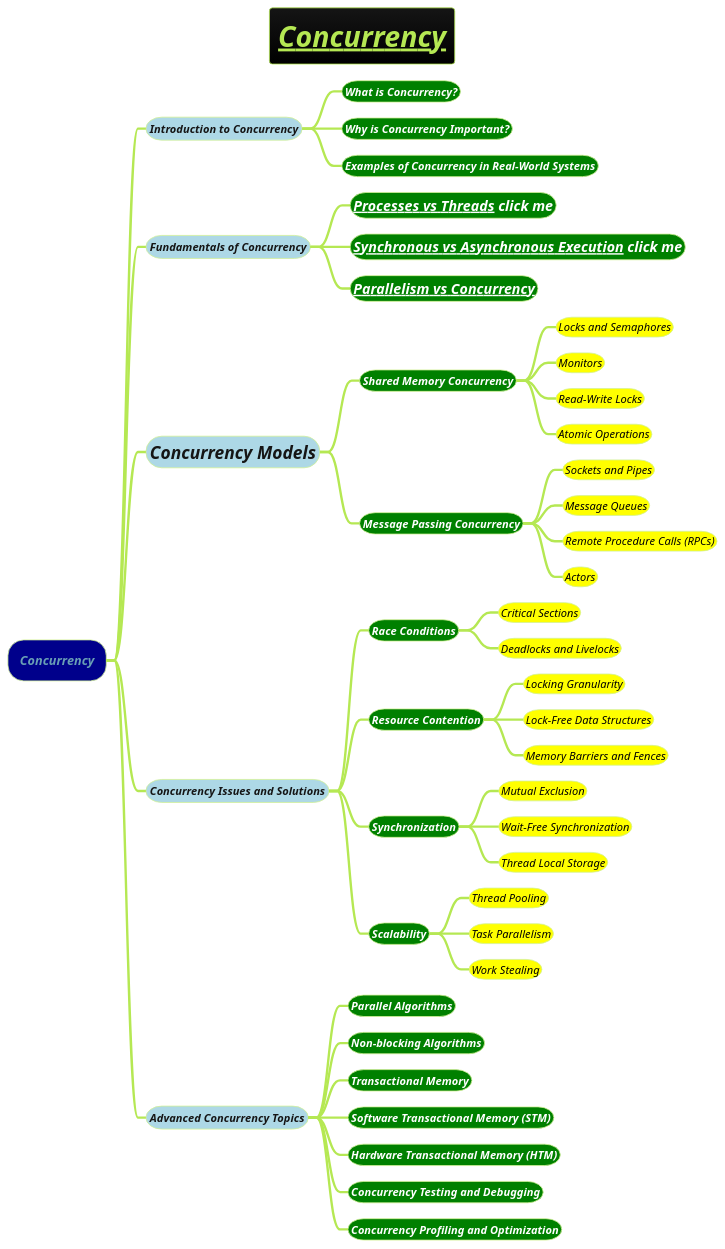
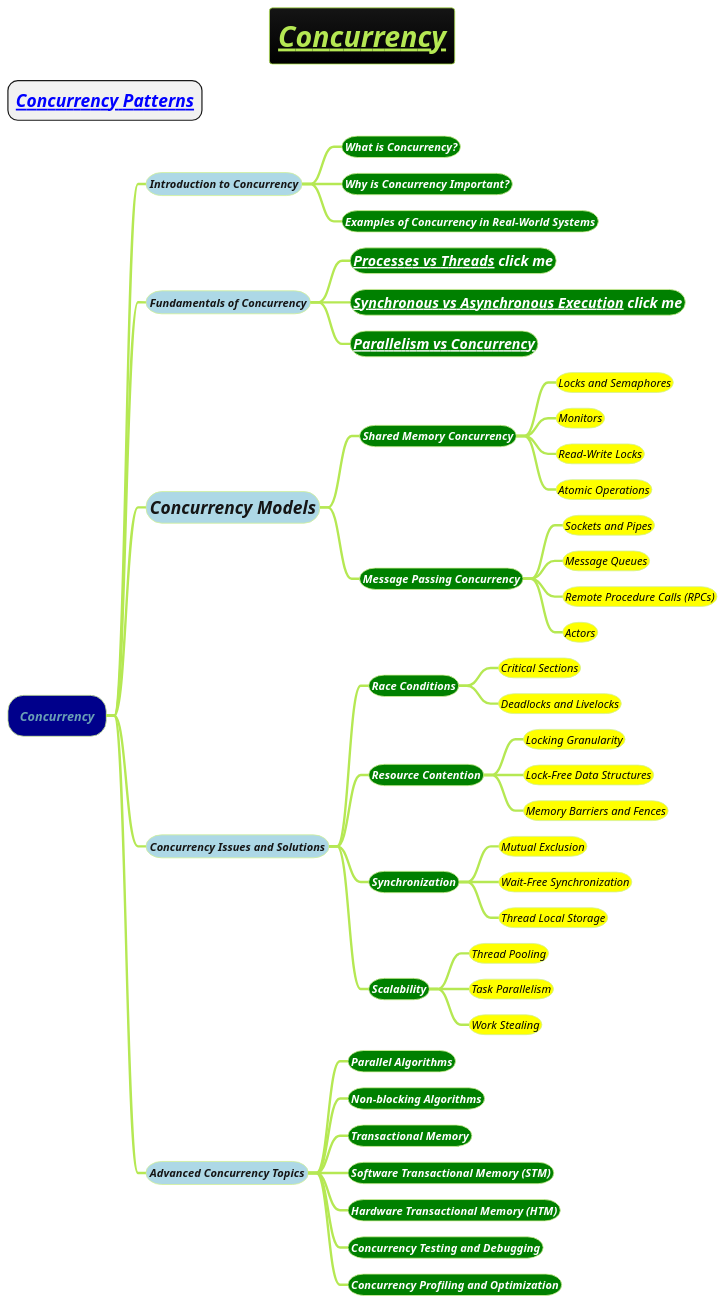
Before and after one commit to MehmoodHashmi/Documentation-as-Code-DaC: the diagram in docs/3-programming-languages/Venkat-Subramaniam/Concurrency-and-Parallelism/Concurrency.puml, drawn with PlantUML. The commit also changed 2 other files, not shown here.

```diff
--- a/docs/3-programming-languages/Venkat-Subramaniam/Concurrency-and-Parallelism/Concurrency.puml
+++ b/docs/3-programming-languages/Venkat-Subramaniam/Concurrency-and-Parallelism/Concurrency.puml
@@ -1,49 +1,50 @@
 @startmindmap
 title =<i><b><u>Concurrency
+* =<i>[[Concurrency-Patterns.puml Concurrency Patterns]]
 !theme hacker
 
 *[#darkblue] <i>Concurrency
 **[#lightblue] <i><color #blac><size:14>Introduction to Concurrency
 ***[#green] <b><i><color #white><size:14>What is Concurrency?
 ***[#green] <b><i><color #white><size:14>Why is Concurrency Important?
 ***[#green] <b><i><color #white><size:14>Examples of Concurrency in Real-World Systems
 **[#lightblue] <i><color #blac><size:14>Fundamentals of Concurrency
 ***[#green] <b><i><color #white><size:18>[[docs/3-programming-languages/Venkat-Subramaniam/Threads.puml Processes vs Threads]] click me
 ***[#green] <b><i><color #white><size:18>[[docs/3-programming-languages/Venkat-Subramaniam/gif/synchronous-vs-asynchronous.adoc Synchronous vs Asynchronous Execution]] click me
 ***[#green] <b><i><color #white><size:18>[[docs/3-programming-languages/Venkat-Subramaniam/gif/Multi-threading-vs-Multi-processing-programming.adoc Parallelism vs Concurrency]]
 **[#lightblue] <i><color #blac><size:22>Concurrency Models
 ***[#green] <b><i><color #white><size:14>Shared Memory Concurrency
 ****[#yellow] <i><color #black><size:14>Locks and Semaphores
 ****[#yellow] <i><color #black><size:14>Monitors
 ****[#yellow] <i><color #black><size:14>Read-Write Locks
 ****[#yellow] <i><color #black><size:14>Atomic Operations
 ***[#green] <b><i><color #white><size:14>Message Passing Concurrency
 ****[#yellow] <i><color #black><size:14>Sockets and Pipes
 ****[#yellow] <i><color #black><size:14>Message Queues
 ****[#yellow] <i><color #black><size:14>Remote Procedure Calls (RPCs)
 ****[#yellow] <i><color #black><size:14>Actors
 **[#lightblue] <i><color #blac><size:14>Concurrency Issues and Solutions
 ***[#green] <b><i><color #white><size:14>Race Conditions
 ****[#yellow] <i><color #black><size:14>Critical Sections
 ****[#yellow] <i><color #black><size:14>Deadlocks and Livelocks
 ***[#green] <b><i><color #white><size:14>Resource Contention
 ****[#yellow] <i><color #black><size:14>Locking Granularity
 ****[#yellow] <i><color #black><size:14>Lock-Free Data Structures
 ****[#yellow] <i><color #black><size:14>Memory Barriers and Fences
 ***[#green] <b><i><color #white><size:14>Synchronization
 ****[#yellow] <i><color #black><size:14>Mutual Exclusion
 ****[#yellow] <i><color #black><size:14>Wait-Free Synchronization
 ****[#yellow] <i><color #black><size:14>Thread Local Storage
 ***[#green] <b><i><color #white><size:14>Scalability
 ****[#yellow] <i><color #black><size:14>Thread Pooling
 ****[#yellow] <i><color #black><size:14>Task Parallelism
 ****[#yellow] <i><color #black><size:14>Work Stealing
 **[#lightblue] <i><color #blac><size:14>Advanced Concurrency Topics
 ***[#green] <b><i><color #white><size:14>Parallel Algorithms
 ***[#green] <b><i><color #white><size:14>Non-blocking Algorithms
 ***[#green] <b><i><color #white><size:14>Transactional Memory
 ***[#green] <b><i><color #white><size:14>Software Transactional Memory (STM)
 ***[#green] <b><i><color #white><size:14>Hardware Transactional Memory (HTM)
 ***[#green] <b><i><color #white><size:14>Concurrency Testing and Debugging
 ***[#green] <b><i><color #white><size:14>Concurrency Profiling and Optimization
 @endmindmap
```
